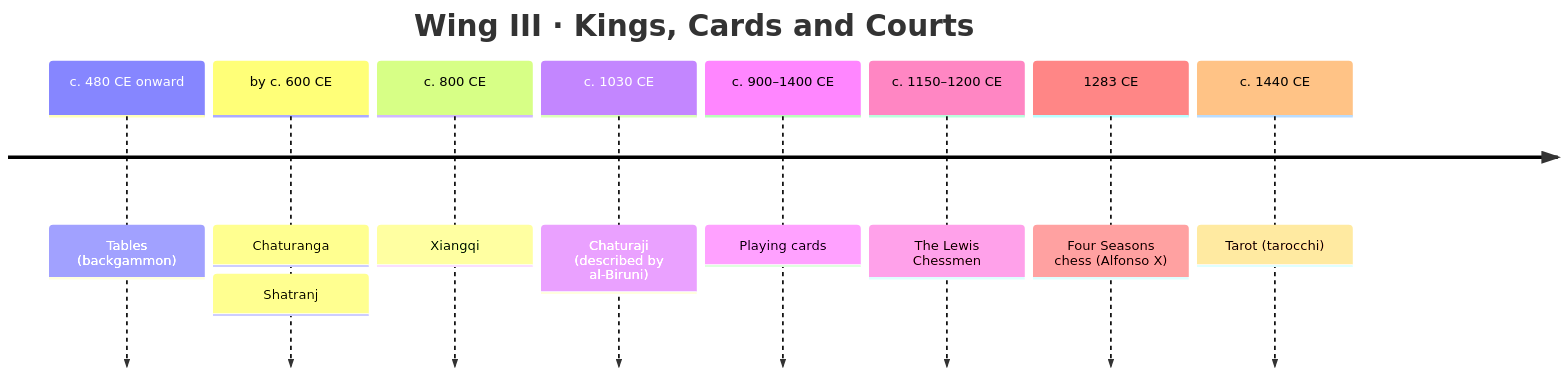
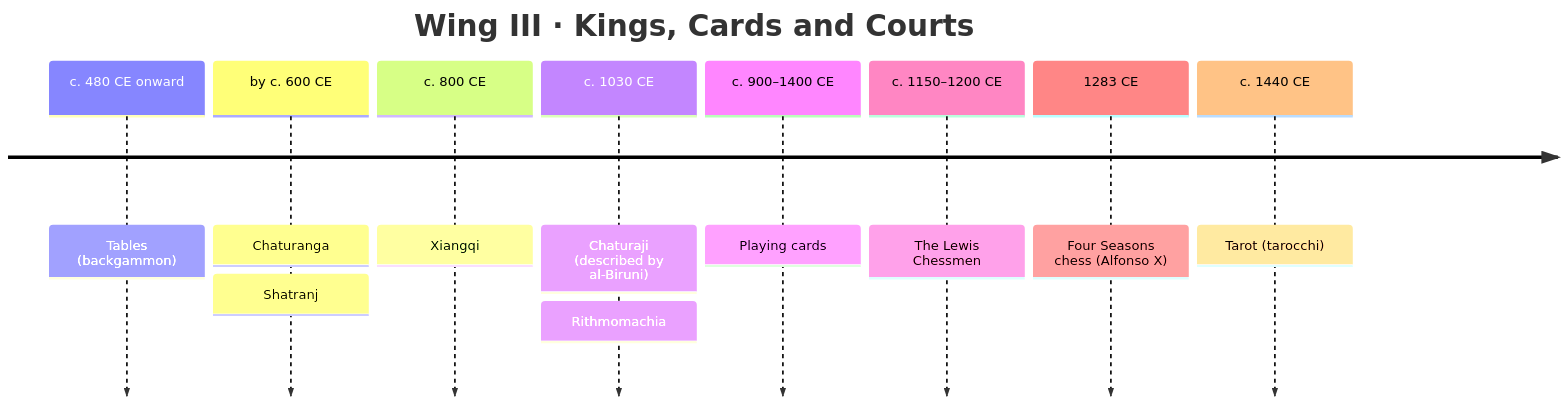
The fifth of 8 diagrams in docs/exhibits.md (CptNope/Librarium-Archives), drawn with Mermaid before and after one commit. The commit also changed other lines of this file and 14 other files, not shown here.

````diff
--- a/docs/exhibits.md
+++ b/docs/exhibits.md
@@ -99,12 +99,12 @@
 ```mermaid
 timeline
     title Wing III · Kings, Cards and Courts
     c. 480 CE onward : Tables (backgammon)
     by c. 600 CE : Chaturanga : Shatranj
     c. 800 CE : Xiangqi
-    c. 1030 CE : Chaturaji (described by al-Biruni)
+    c. 1030 CE : Chaturaji (described by al-Biruni) : Rithmomachia
     c. 900–1400 CE : Playing cards
     c. 1150–1200 CE : The Lewis Chessmen
     1283 CE : Four Seasons chess (Alfonso X)
     c. 1440 CE : Tarot (tarocchi)
 ```
````
